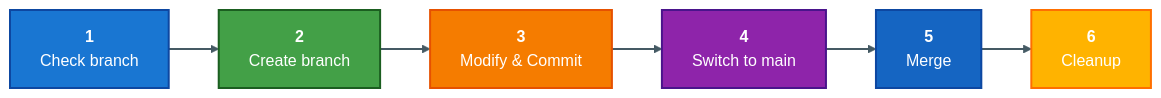
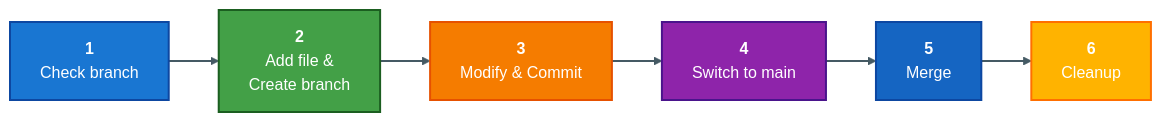
The second of 6 diagrams in 02-exercises/02-branches/branches-walkthrough.md (DaveFV91/GitCourse), drawn with Mermaid (neutral theme) before and after one commit. The commit also changed other lines of this file and 1 other file, not shown here.

````diff
--- a/02-exercises/02-branches/branches-walkthrough.md
+++ b/02-exercises/02-branches/branches-walkthrough.md
@@ -39,17 +39,17 @@
 ```mermaid
 flowchart LR
-    A["<b>1</b><br/>Check branch"] --> B["<b>2</b><br/>Create branch"]
+    A["<b>1</b><br/>Check branch"] --> B["<b>2</b><br/>Add file &<br/>Create branch"]
     B --> C["<b>3</b><br/>Modify & Commit"]
     C --> D["<b>4</b><br/>Switch to main"]
     D --> E["<b>5</b><br/>Merge"]
     E --> F["<b>6</b><br/>Cleanup"]
 
     style A fill:#1976D2,stroke:#0D47A1,stroke-width:2px,color:#fff
     style B fill:#43A047,stroke:#1B5E20,stroke-width:2px,color:#fff
     style C fill:#F57C00,stroke:#E65100,stroke-width:2px,color:#fff
     style D fill:#8E24AA,stroke:#4A148C,stroke-width:2px,color:#fff
     style E fill:#1565C2,stroke:#0D47A1,stroke-width:2px,color:#fff
     style F fill:#FFB300,stroke:#FF6F00,stroke-width:2px,color:#fff
 
     linkStyle default stroke:#455A64,stroke-width:2px
 ```
````
